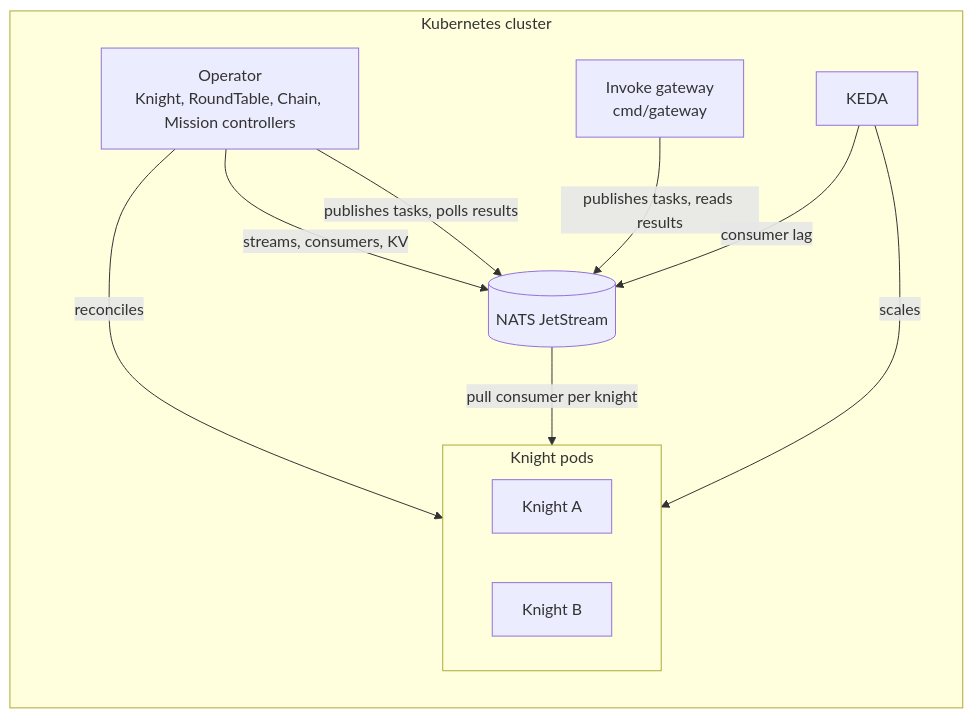
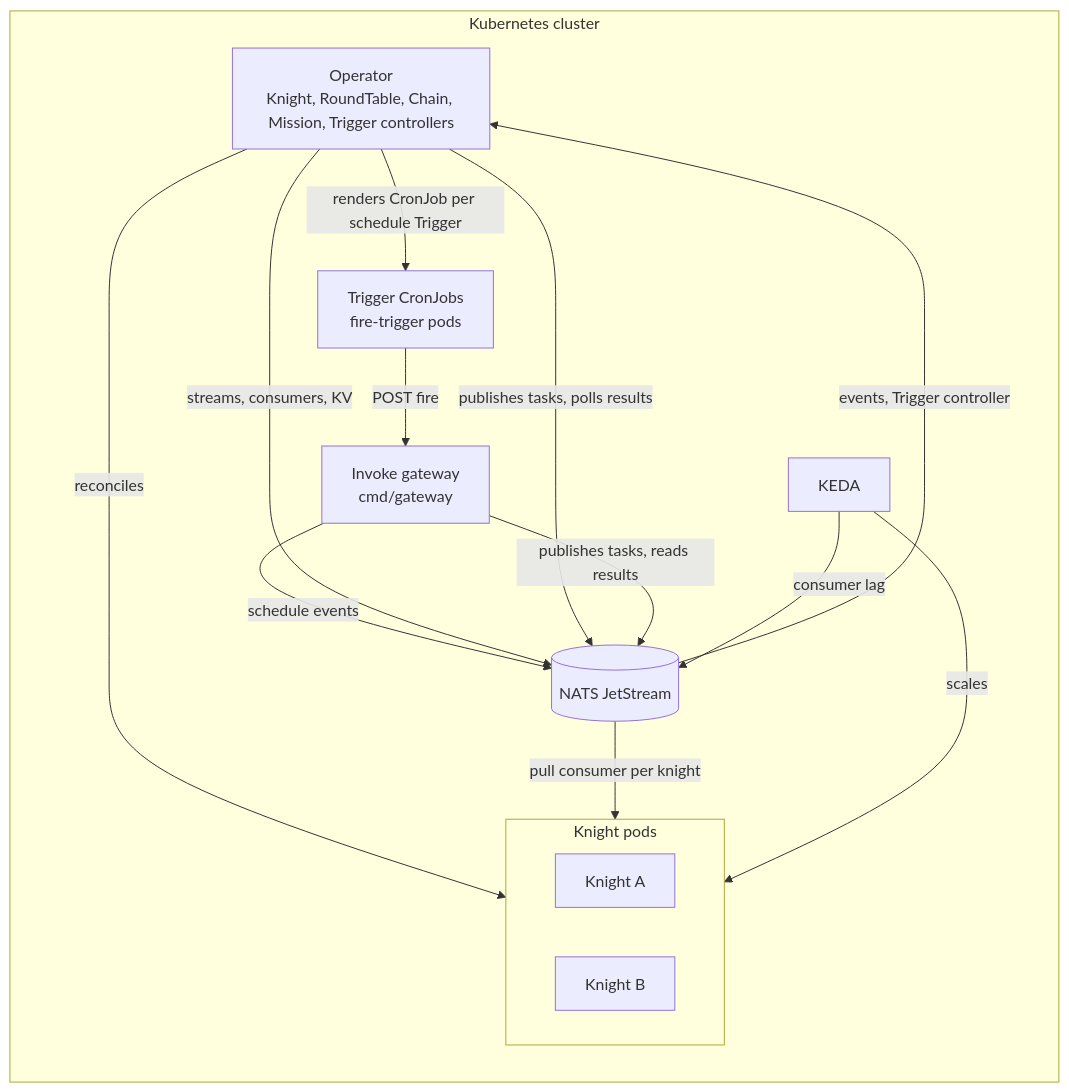
The first of 5 diagrams in docs/ARCHITECTURE.md (roundtable-k8s/roundtable), drawn with Mermaid before and after one commit. The commit also changed other lines of this file and 4 other files, not shown here.

Commit message:
docs: add Trigger controller to architecture, fix traceId and MCP notes, drop unused MCPServersEnv

````diff
--- a/docs/ARCHITECTURE.md
+++ b/docs/ARCHITECTURE.md
@@ -16,20 +16,25 @@
 ```mermaid
 flowchart LR
   subgraph cluster[Kubernetes cluster]
-    op[Operator<br/>Knight, RoundTable, Chain, Mission controllers]
+    op[Operator<br/>Knight, RoundTable, Chain, Mission, Trigger controllers]
     gw[Invoke gateway<br/>cmd/gateway]
     subgraph pods[Knight pods]
       k1[Knight A]
       k2[Knight B]
     end
     nats[(NATS JetStream)]
     keda[KEDA]
+    cj[Trigger CronJobs<br/>fire-trigger pods]
   end
   op -- reconciles --> pods
+  op -- renders CronJob per schedule Trigger --> cj
+  cj -- POST fire --> gw
+  gw -- schedule events --> nats
+  nats -- events, Trigger controller --> op
   op -- streams, consumers, KV --> nats
   op -- publishes tasks, polls results --> nats
   gw -- publishes tasks, reads results --> nats
   nats -- pull consumer per knight --> pods
   keda -- consumer lag --> nats
   keda -- scales --> pods
 ```
````
